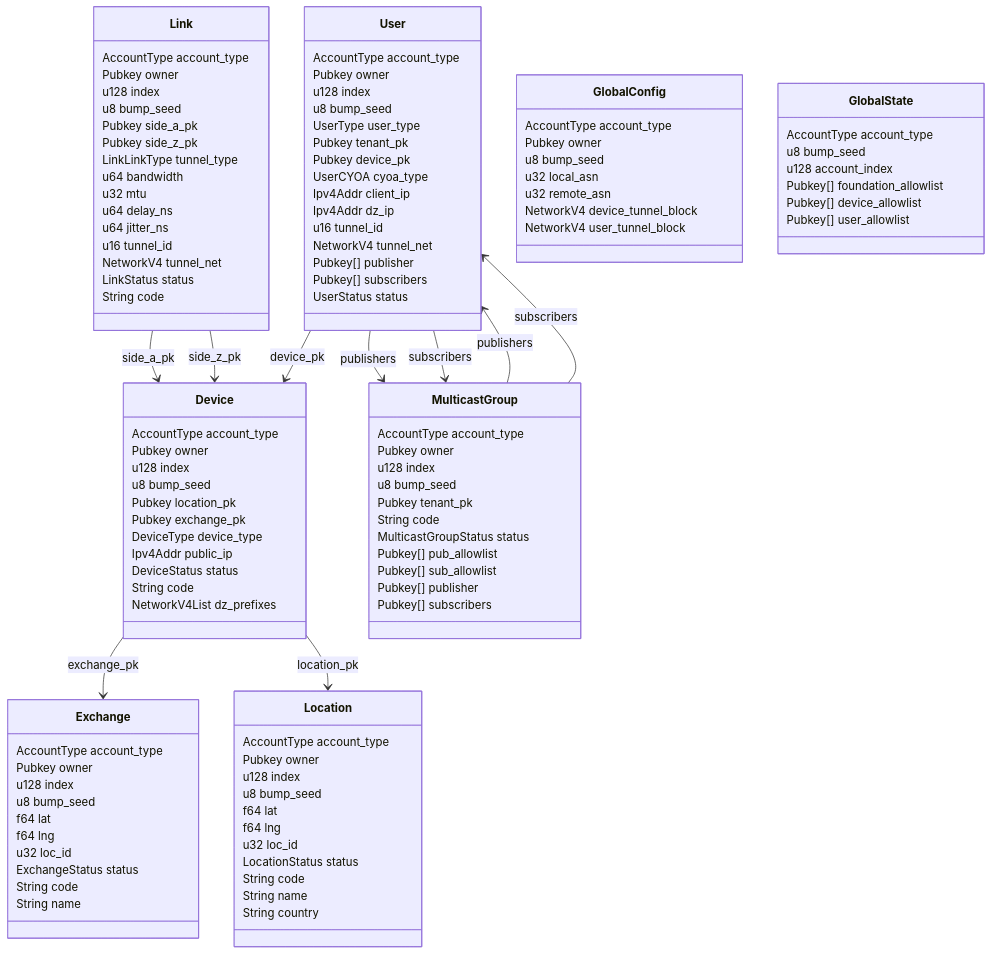
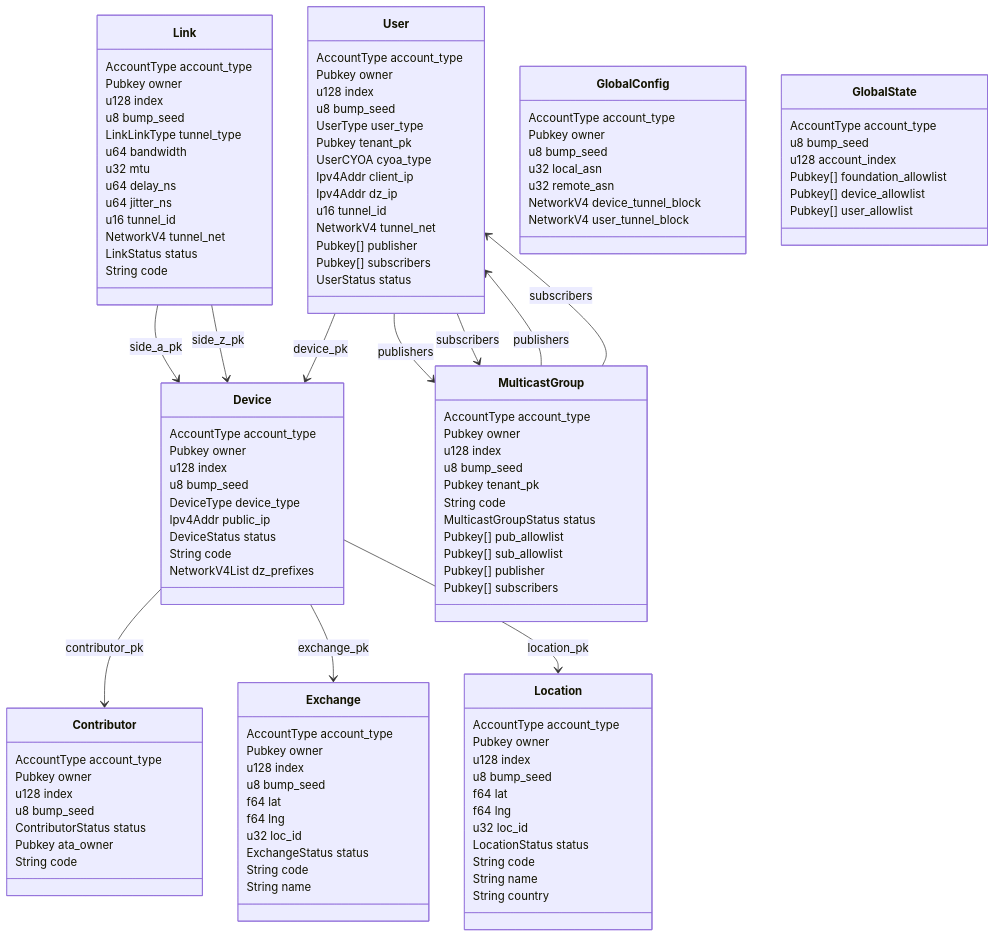
Before and after one commit to malbeclabs/doublezero: the first of 8 diagrams in smartcontract/programs/doublezero-serviceability/README.md, drawn with Mermaid. The commit also changed other lines of this file and 2 other files, not shown here.

Commit message:
docs: add Contributor structure and commands to README files

```diff
--- a/smartcontract/programs/doublezero-serviceability/README.md
+++ b/smartcontract/programs/doublezero-serviceability/README.md
@@ -52,13 +53,20 @@
         String code
         String name
     }
+    class Contributor {
+        AccountType account_type
+        Pubkey owner
+        u128 index
+        u8 bump_seed
+        ContributorStatus status
+        Pubkey ata_owner
+        String code
+    }
     class Device {
         AccountType account_type
         Pubkey owner
         u128 index
         u8 bump_seed
-        Pubkey location_pk
-        Pubkey exchange_pk
         DeviceType device_type
         Ipv4Addr public_ip
         DeviceStatus status
@@ -70,8 +78,6 @@
         Pubkey owner
         u128 index
         u8 bump_seed
-        Pubkey side_a_pk
-        Pubkey side_z_pk
         LinkLinkType tunnel_type
         u64 bandwidth
         u32 mtu
@@ -89,7 +95,6 @@
         u8 bump_seed
         UserType user_type
         Pubkey tenant_pk
-        Pubkey device_pk
         UserCYOA cyoa_type
         Ipv4Addr client_ip
         Ipv4Addr dz_ip
@@ -129,6 +134,7 @@
         Pubkey[] device_allowlist
         Pubkey[] user_allowlist
     }
+    Device --> Contributor : contributor_pk
     Device --> Exchange : exchange_pk
     Device --> Location  : location_pk
     Link --> Device : side_a_pk
```
